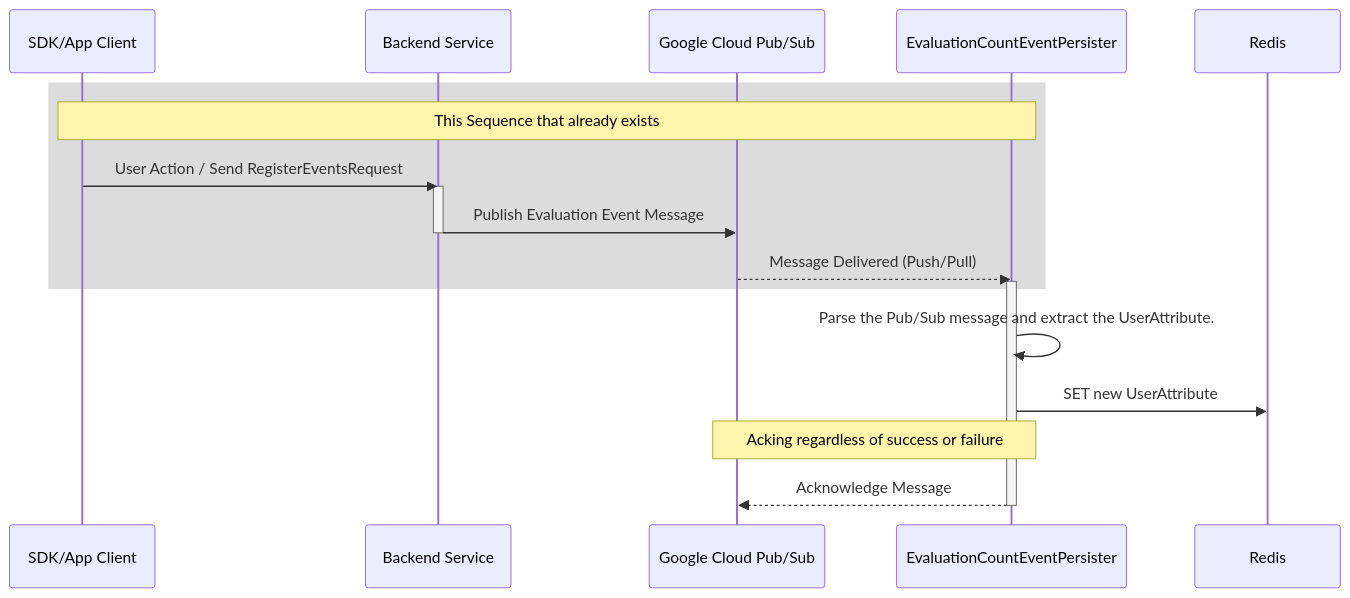
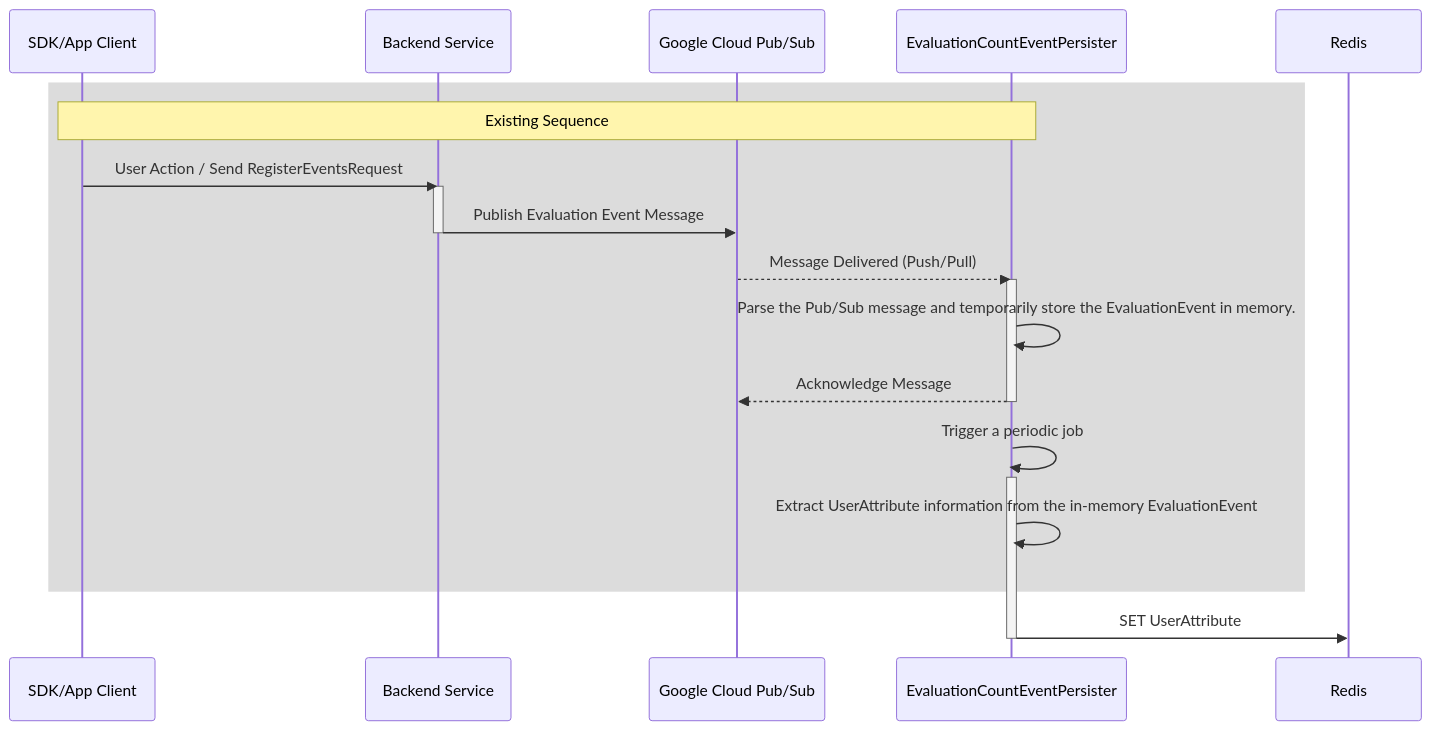
One commit to bucketeer-io/bucketeer changed the third of 3 diagrams in docs/rfcs/user-attribute-auto-discovery.md. Above: the diagram before and after it, drawn with Mermaid. The commit also changed other lines of this file, not shown here.

````diff
--- a/docs/rfcs/user-attribute-auto-discovery.md
+++ b/docs/rfcs/user-attribute-auto-discovery.md
@@ -107,24 +107,31 @@
 ```mermaid
 sequenceDiagram
     participant SDK as SDK/App Client
     participant BackendService as Backend Service
     participant PubSub as Google Cloud Pub/Sub
-    participant Subscriber as EvaluationCountEventPersister
+    participant Persister as EvaluationCountEventPersister
     participant UserAttributeStore as Redis
 
     rect rgb(220, 220, 220)
-        note over SDK,Subscriber: This Sequence that already exists
-    SDK->>BackendService: User Action / Send RegisterEventsRequest
-    activate BackendService
-        BackendService->>PubSub: Publish Evaluation Event Message
-    deactivate BackendService
-    PubSub-->>Subscriber: Message Delivered (Push/Pull)
-    activate Subscriber
+        note over SDK,Persister: Existing Sequence
+        SDK->>BackendService: User Action / Send RegisterEventsRequest
+        activate BackendService
+            BackendService->>PubSub: Publish Evaluation Event Message
+        deactivate BackendService
+        
+        PubSub-->>Persister: Message Delivered (Push/Pull)
+        activate Persister
+
+    Persister->>Persister: Parse the Pub/Sub message and temporarily store the EvaluationEvent in memory.
+
+    
+    Persister-->>PubSub: Acknowledge Message
+    deactivate Persister
+    
+    Persister->>Persister: Trigger a periodic job
+    activate Persister
+        Persister->>Persister: Extract UserAttribute information from the in-memory EvaluationEvent
     end
-    Subscriber->>Subscriber: Parse the Pub/Sub message and extract the UserAttribute.
-    Subscriber->>UserAttributeStore: SET new UserAttribute
-
-    note over Subscriber,PubSub: Acking regardless of success or failure
-        Subscriber-->>PubSub: Acknowledge Message
-    deactivate Subscriber
+        Persister->>UserAttributeStore: SET UserAttribute
+    deactivate Persister
 ```
````
